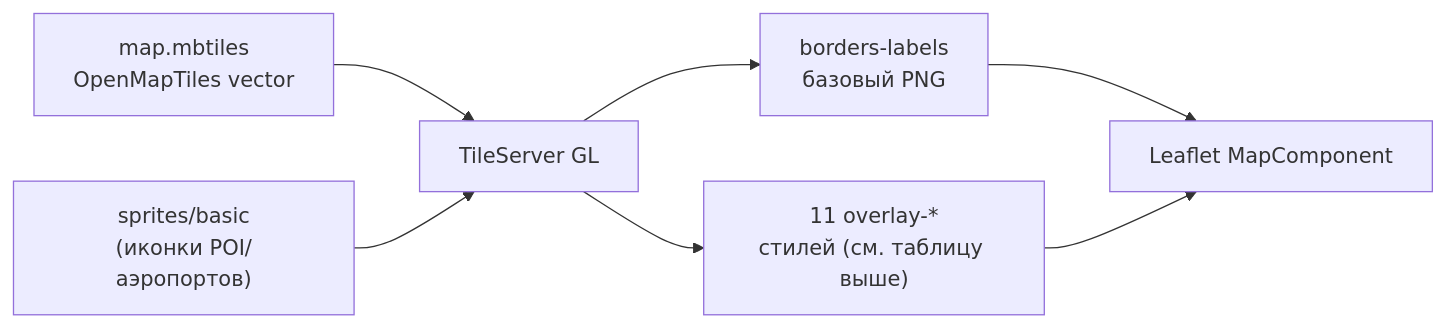
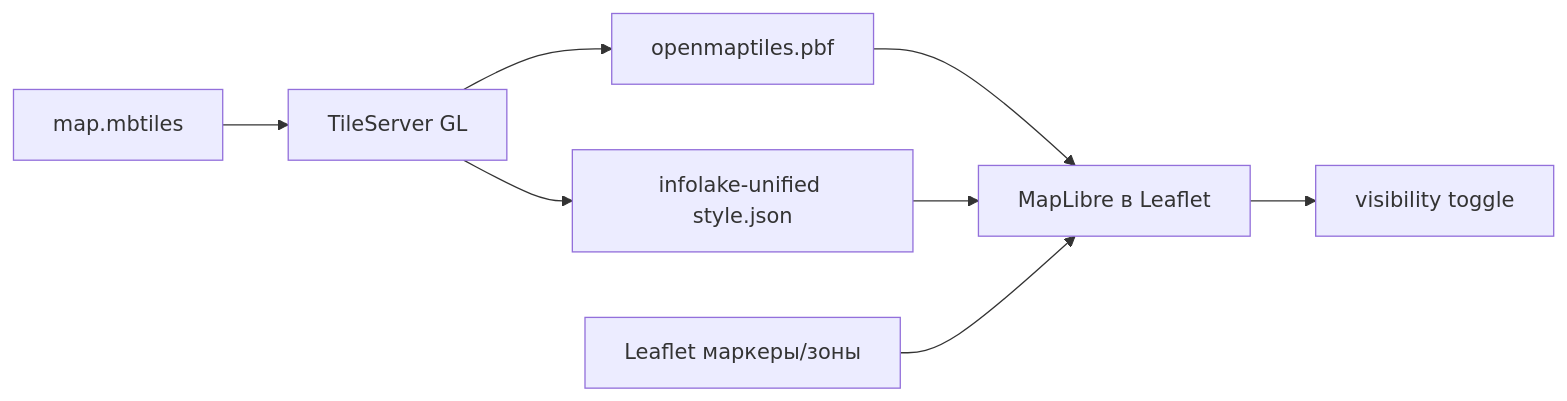
The diagram in map_layers_plan.md (ArturStar3/Lake_grok), drawn with Mermaid before and after one commit. The commit also changed other lines of this file and 22 other files, not shown here.

````diff
--- a/map_layers_plan.md
+++ b/map_layers_plan.md
@@ -55,9 +56,10 @@
 ```mermaid
 flowchart LR
-  MBTiles["map.mbtiles\nOpenMapTiles vector"] --> TileServer["TileServer GL"]
-  Sprite["sprites/basic\n(иконки POI/аэропортов)"] --> TileServer
-  TileServer --> Base["borders-labels\nбазовый PNG"]
-  TileServer --> Overlays["11 overlay-*\nстилей (см. таблицу выше)"]
-  Base --> Leaflet["Leaflet MapComponent"]
-  Overlays --> Leaflet
+  MBTiles["map.mbtiles"] --> TileServer["TileServer GL"]
+  TileServer --> PBF["openmaptiles.pbf"]
+  TileServer --> Unified["infolake-unified style.json"]
+  PBF --> MapLibre["MapLibre в Leaflet"]
+  Unified --> MapLibre
+  MapLibre --> Toggle["visibility toggle"]
+  LeafletMarkers["Leaflet маркеры/зоны"] --> MapLibre
 ```
````
